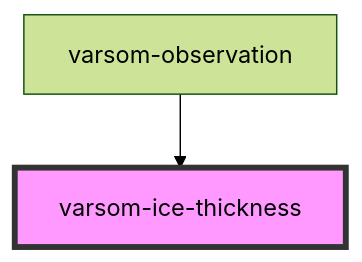
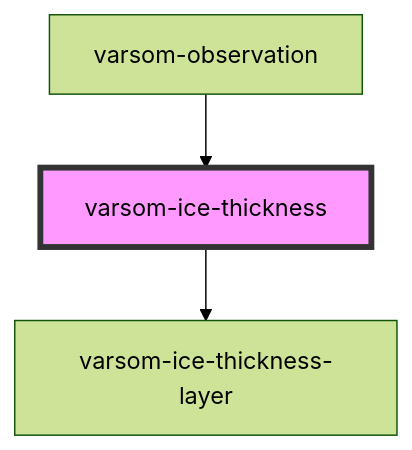
The diagram in observasjonskort/src/components/varsom-ice-thickness/readme.md (NVE/varsom-observation), drawn with Mermaid (forest theme) before and after one commit. The commit also changed other lines of this file and 27 other files, not shown here.

````diff
--- a/observasjonskort/src/components/varsom-ice-thickness/readme.md
+++ b/observasjonskort/src/components/varsom-ice-thickness/readme.md
@@ -29,5 +33,6 @@
 ```mermaid
 graph TD;
+  varsom-ice-thickness --> varsom-ice-thickness-layer
   varsom-observation --> varsom-ice-thickness
   style varsom-ice-thickness fill:#f9f,stroke:#333,stroke-width:4px
 ```
````
